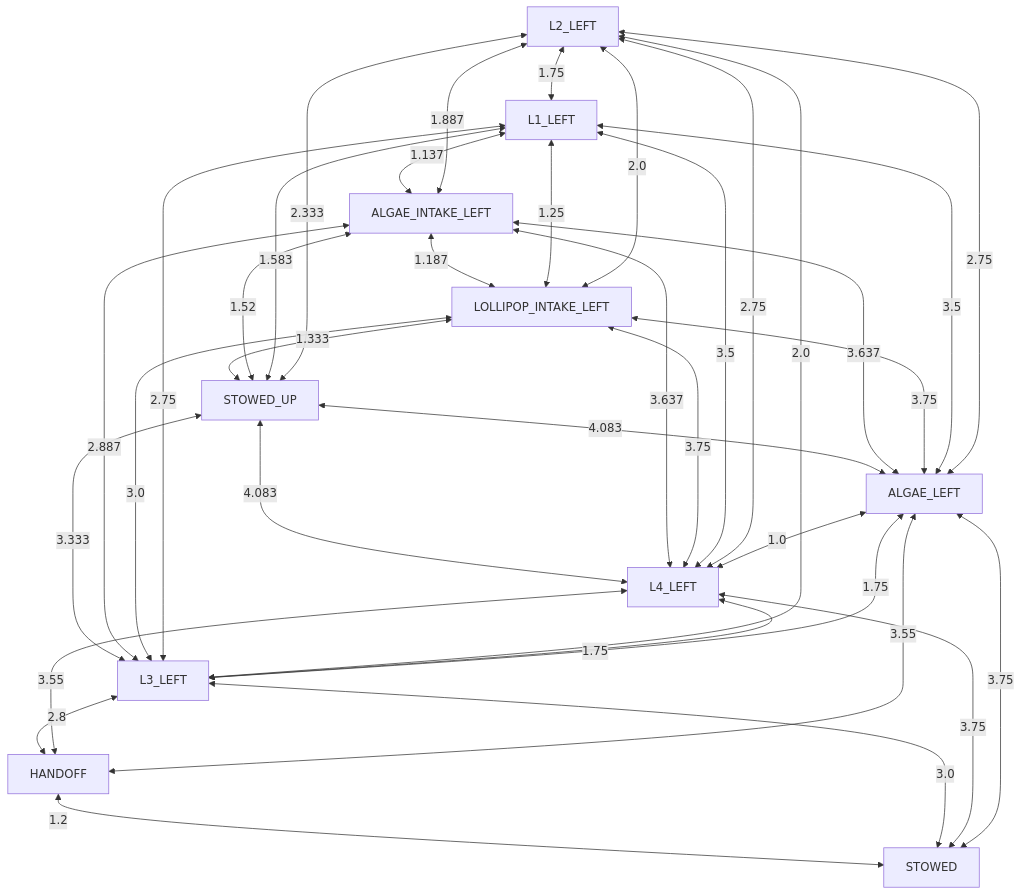
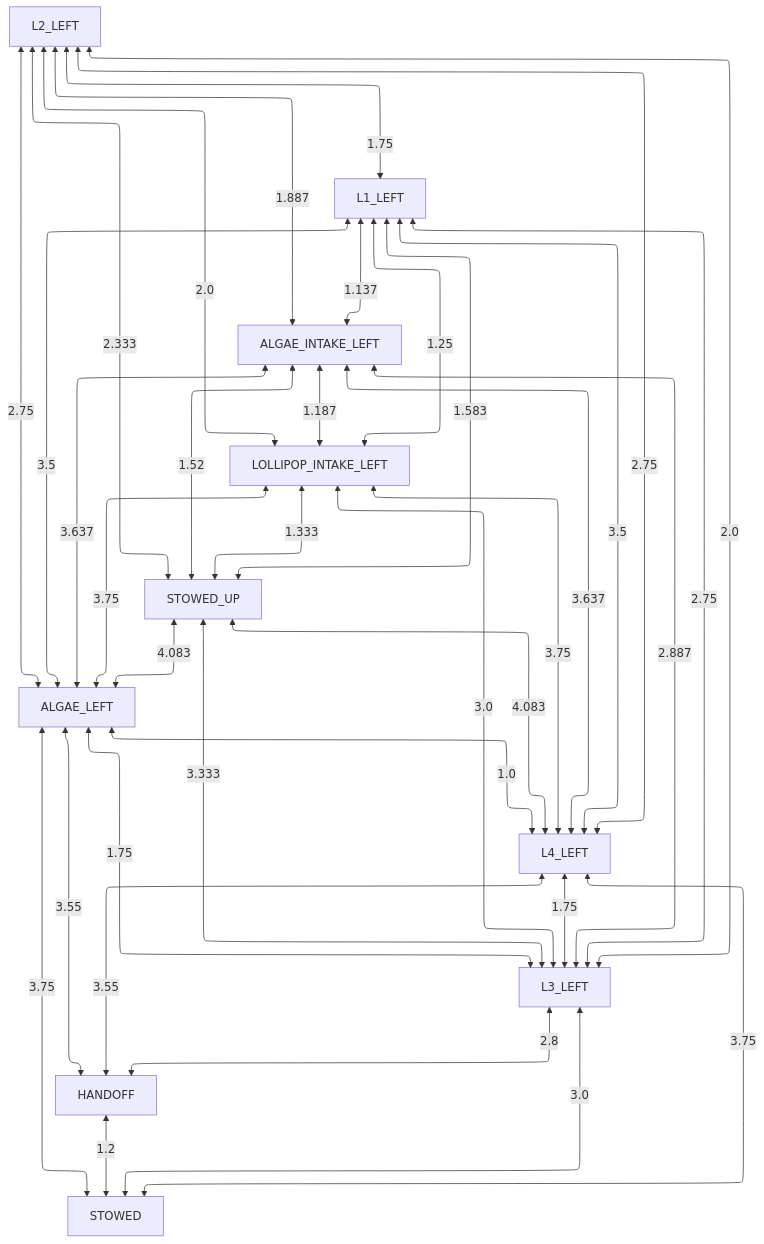
Before and after one commit to team581/offseason-2025-comp: the diagram in docs/collision_avoidance/right_obstructed.md, drawn with Mermaid. The commit also changed 3 other files, not shown here.

Commit message:
Use ELK renderer for collision avoidance graphs

````diff
--- a/docs/collision_avoidance/right_obstructed.md
+++ b/docs/collision_avoidance/right_obstructed.md
@@ -3,39 +3,40 @@
 ```mermaid
+%%{ init: { "flowchart": { "defaultRenderer": "elk" } } }%%
 graph TD
 
 HANDOFF <-- 1.2 --> STOWED
 L3_LEFT <-- 3.0 --> STOWED
 L4_LEFT <-- 3.75 --> STOWED
 ALGAE_LEFT <-- 3.75 --> STOWED
 L3_LEFT <-- 2.8 --> HANDOFF
 L4_LEFT <-- 3.55 --> HANDOFF
 ALGAE_LEFT <-- 3.55 --> HANDOFF
 STOWED_UP <-- 3.333 --> L3_LEFT
 ALGAE_INTAKE_LEFT <-- 2.887 --> L3_LEFT
 LOLLIPOP_INTAKE_LEFT <-- 3.0 --> L3_LEFT
 L1_LEFT <-- 2.75 --> L3_LEFT
 L2_LEFT <-- 2.0 --> L3_LEFT
 L4_LEFT <-- 1.75 --> L3_LEFT
 ALGAE_LEFT <-- 1.75 --> L3_LEFT
 STOWED_UP <-- 4.083 --> L4_LEFT
 ALGAE_INTAKE_LEFT <-- 3.637 --> L4_LEFT
 LOLLIPOP_INTAKE_LEFT <-- 3.75 --> L4_LEFT
 L1_LEFT <-- 3.5 --> L4_LEFT
 L2_LEFT <-- 2.75 --> L4_LEFT
 ALGAE_LEFT <-- 1.0 --> L4_LEFT
 STOWED_UP <-- 4.083 --> ALGAE_LEFT
 ALGAE_INTAKE_LEFT <-- 3.637 --> ALGAE_LEFT
 LOLLIPOP_INTAKE_LEFT <-- 3.75 --> ALGAE_LEFT
 L1_LEFT <-- 3.5 --> ALGAE_LEFT
 L2_LEFT <-- 2.75 --> ALGAE_LEFT
 LOLLIPOP_INTAKE_LEFT <-- 1.333 --> STOWED_UP
 ALGAE_INTAKE_LEFT <-- 1.52 --> STOWED_UP
 L1_LEFT <-- 1.583 --> STOWED_UP
 L2_LEFT <-- 2.333 --> STOWED_UP
 ALGAE_INTAKE_LEFT <-- 1.187 --> LOLLIPOP_INTAKE_LEFT
 L1_LEFT <-- 1.25 --> LOLLIPOP_INTAKE_LEFT
 L2_LEFT <-- 2.0 --> LOLLIPOP_INTAKE_LEFT
 L1_LEFT <-- 1.137 --> ALGAE_INTAKE_LEFT
 L2_LEFT <-- 1.887 --> ALGAE_INTAKE_LEFT
 L2_LEFT <-- 1.75 --> L1_LEFT
 ```
````
